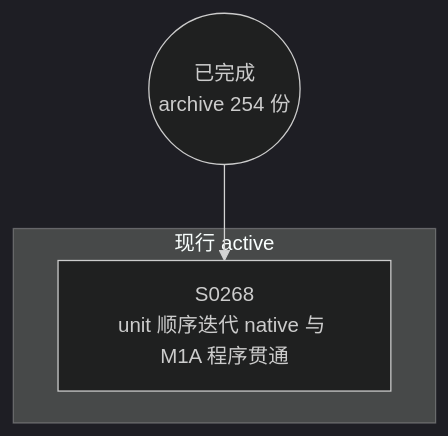
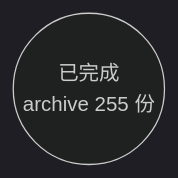
The diagram in docs/specs/dependency-graph.md (Halckon/Koven), drawn with Mermaid (dark theme) before and after one commit. The commit also changed other lines of this file and 14 other files, not shown here.

Commit message:
docs(spec-0268): archive dual-host unit iteration and M1A evidence

````diff
--- a/docs/specs/dependency-graph.md
+++ b/docs/specs/dependency-graph.md
@@ -9,8 +9,4 @@
 ```mermaid
 flowchart TD
-ARCH(("已完成<br/>archive 254 份"))
-subgraph Gactive["现行 active"]
-  S0268["S0268<br/>unit 顺序迭代 native 与 M1A 程序贯通"]
-end
-ARCH --> S0268
+ARCH(("已完成<br/>archive 255 份"))
 ```
````
